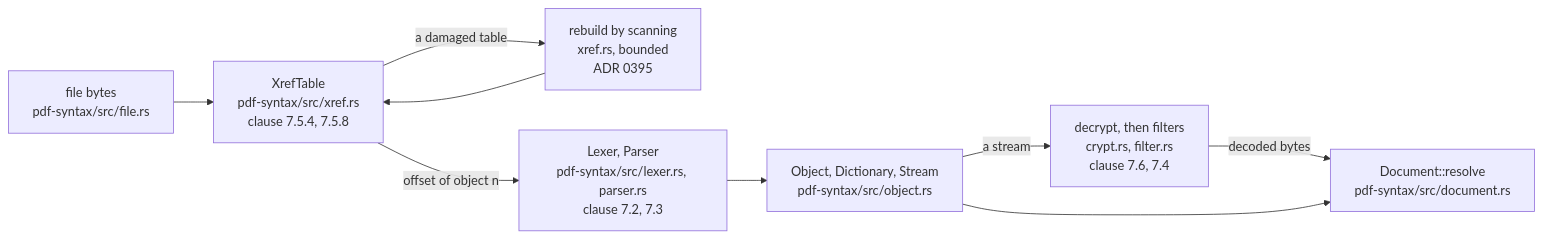
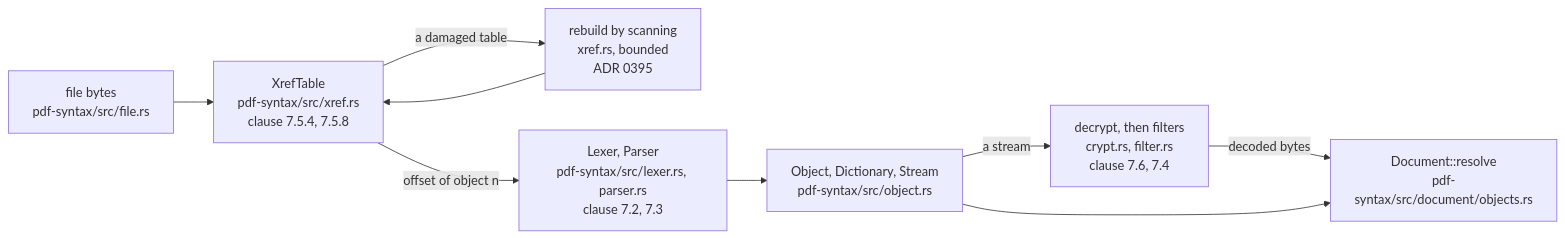
One commit to close2/pdf-viewer changed the second of 8 diagrams in doc/teaching/how-a-page-lands-on-the-screen.md. Above: the diagram before and after it, drawn with Mermaid. The commit also changed other lines of this file and 155 other files, not shown here.

````diff
--- a/doc/teaching/how-a-page-lands-on-the-screen.md
+++ b/doc/teaching/how-a-page-lands-on-the-screen.md
@@ -124,19 +125,19 @@
 ```mermaid
 flowchart LR
     BYTES["file bytes<br/>pdf-syntax/src/file.rs"]
     XREF["XrefTable<br/>pdf-syntax/src/xref.rs<br/>clause 7.5.4, 7.5.8"]
     REC["rebuild by scanning<br/>xref.rs, bounded<br/>ADR 0395"]
     LEX["Lexer, Parser<br/>pdf-syntax/src/lexer.rs, parser.rs<br/>clause 7.2, 7.3"]
     OBJ["Object, Dictionary, Stream<br/>pdf-syntax/src/object.rs"]
     DEC["decrypt, then filters<br/>crypt.rs, filter.rs<br/>clause 7.6, 7.4"]
-    DOC["Document::resolve<br/>pdf-syntax/src/document.rs"]
+    DOC["Document::resolve<br/>pdf-syntax/src/document/objects.rs"]
 
     BYTES --> XREF
     XREF -->|"a damaged table"| REC
     REC --> XREF
     XREF -->|"offset of object n"| LEX
     LEX --> OBJ
     OBJ -->|"a stream"| DEC
     DEC -->|"decoded bytes"| DOC
     OBJ --> DOC
 ```
````
